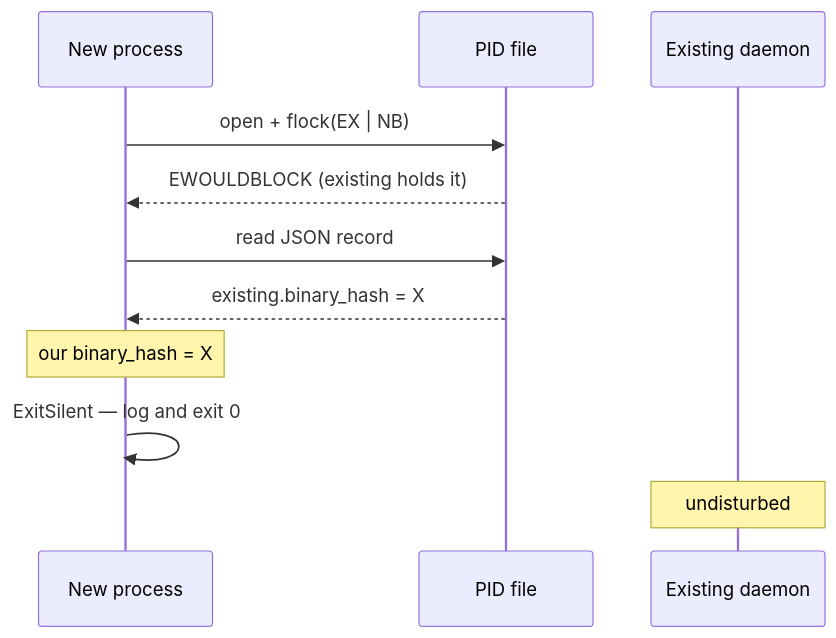
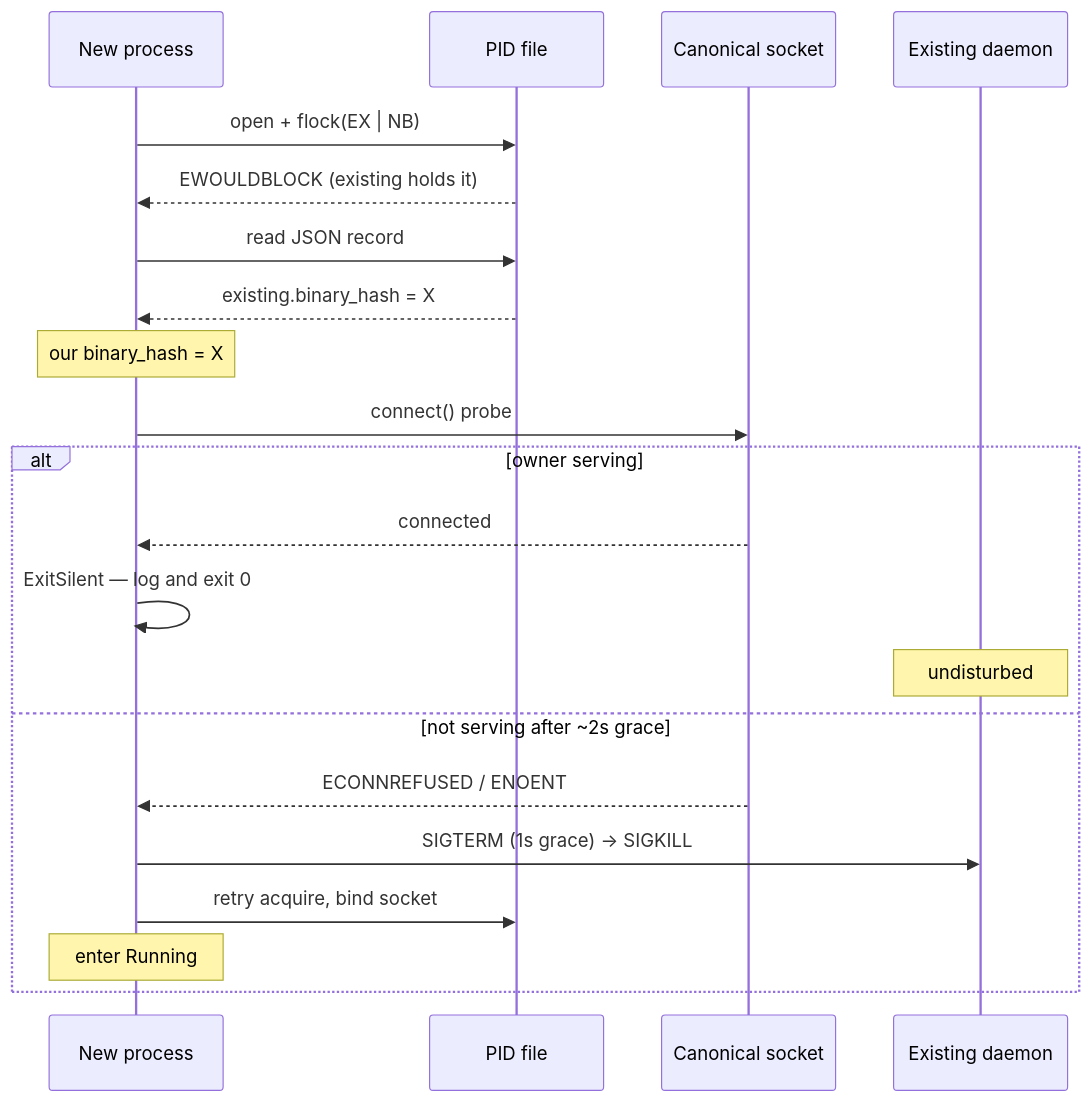
One commit to NavistAu/beachcomber changed the third of 7 diagrams in docs/canon/singleton.md. Above: the diagram before and after it, drawn with Mermaid. The commit also changed other lines of this file, not shown here.

First line of the commit message:
docs(canon): replace orphan-reaping with same-build serving probe in singleton.md

````diff
--- a/docs/canon/singleton.md
+++ b/docs/canon/singleton.md
@@ -117,14 +123,24 @@
 ```mermaid
 sequenceDiagram
     participant N as New process
     participant L as PID file
+    participant S as Canonical socket
     participant E as Existing daemon
 
     N->>L: open + flock(EX | NB)
     L-->>N: EWOULDBLOCK (existing holds it)
     N->>L: read JSON record
     L-->>N: existing.binary_hash = X
     Note over N: our binary_hash = X
-    N->>N: ExitSilent — log and exit 0
-    Note over E: undisturbed
+    N->>S: connect() probe
+    alt owner serving
+        S-->>N: connected
+        N->>N: ExitSilent — log and exit 0
+        Note over E: undisturbed
+    else not serving after ~2s grace
+        S-->>N: ECONNREFUSED / ENOENT
+        N->>E: SIGTERM (1s grace) → SIGKILL
+        N->>L: retry acquire, bind socket
+        Note over N: enter Running
+    end
 ```
````
